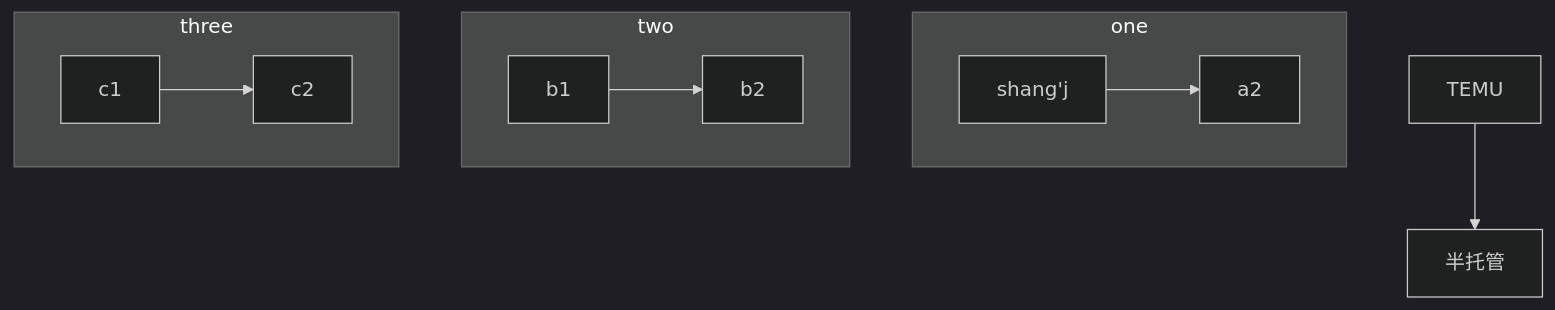
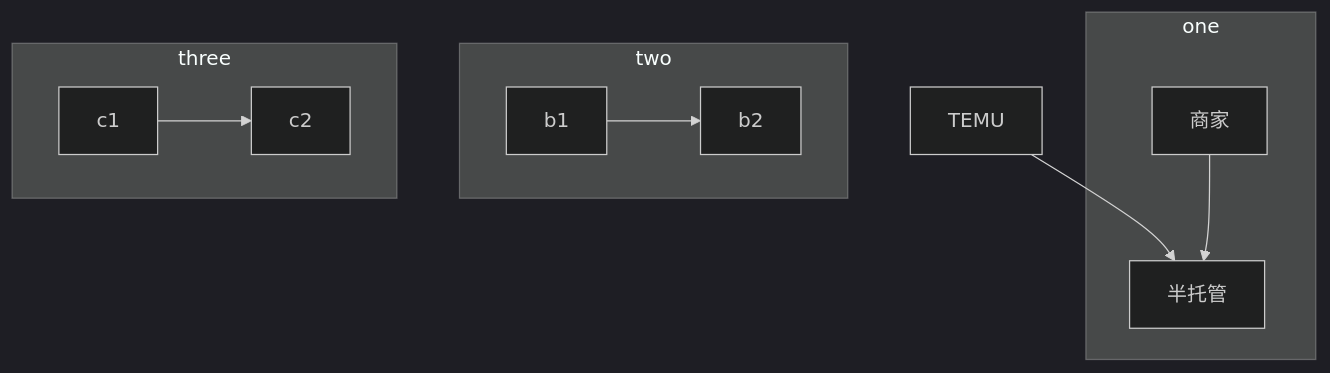
One commit to Zora0203/iodraw-files changed the diagram in all/TEMU链路图.md. Above: the diagram before and after it, drawn with Mermaid (dark theme).

Commit message:
2024-12-06 16:26:00 update

````diff
--- a/all/TEMU链路图.md
+++ b/all/TEMU链路图.md
@@ -1,15 +1,15 @@
 ```mermaid
 
 
 flowchart TB
     TEMU-->半托管
     subgraph one
-    shang'j-->a2
+    商家-->半托管
     end
     subgraph two
     b1-->b2
     end
     subgraph three
     c1-->c2
     end
 ```
````
